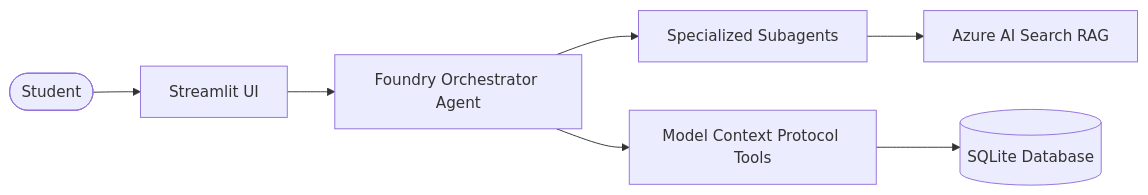
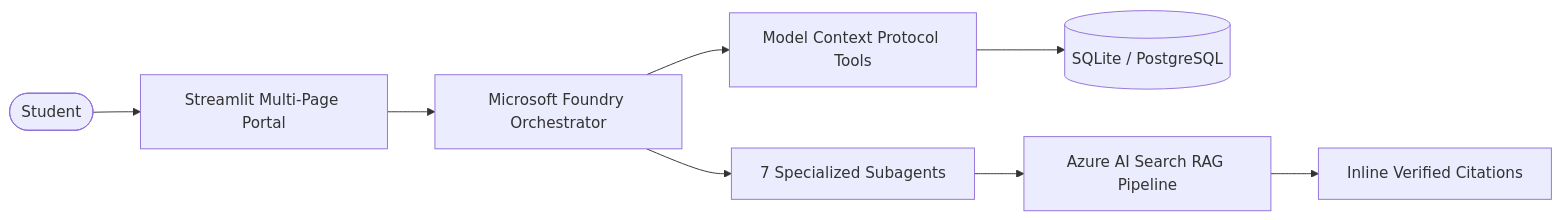
Before and after one commit to Jiya-garg08/ai-placement-agent: the diagram in README.md, drawn with Mermaid. The commit also changed other lines of this file and 4 other files, not shown here.

Commit message:
docs: complete setup guide, 5-min demo walkthrough script, and architecture specs (fixes #28) (#55)

````diff
--- a/README.md
+++ b/README.md
@@ -18,9 +19,10 @@
 ```mermaid
 graph LR
-    User([Student]) --> Streamlit[Streamlit UI]
-    Streamlit --> Foundry[Foundry Orchestrator Agent]
-    Foundry --> Subagents[Specialized Subagents]
-    Foundry --> MCP[Model Context Protocol Tools]
-    MCP --> DB[(SQLite Database)]
-    Subagents --> RAG[Azure AI Search RAG]
+    User([Student]) --> UI[Streamlit Multi-Page Portal]
+    UI --> Orchestrator[Microsoft Foundry Orchestrator]
+    Orchestrator --> Subagents[7 Specialized Subagents]
+    Orchestrator --> MCP[Model Context Protocol Tools]
+    MCP --> DB[(SQLite / PostgreSQL)]
+    Subagents --> RAG[Azure AI Search RAG Pipeline]
+    RAG --> Citations[Inline Verified Citations]
 ```
````
